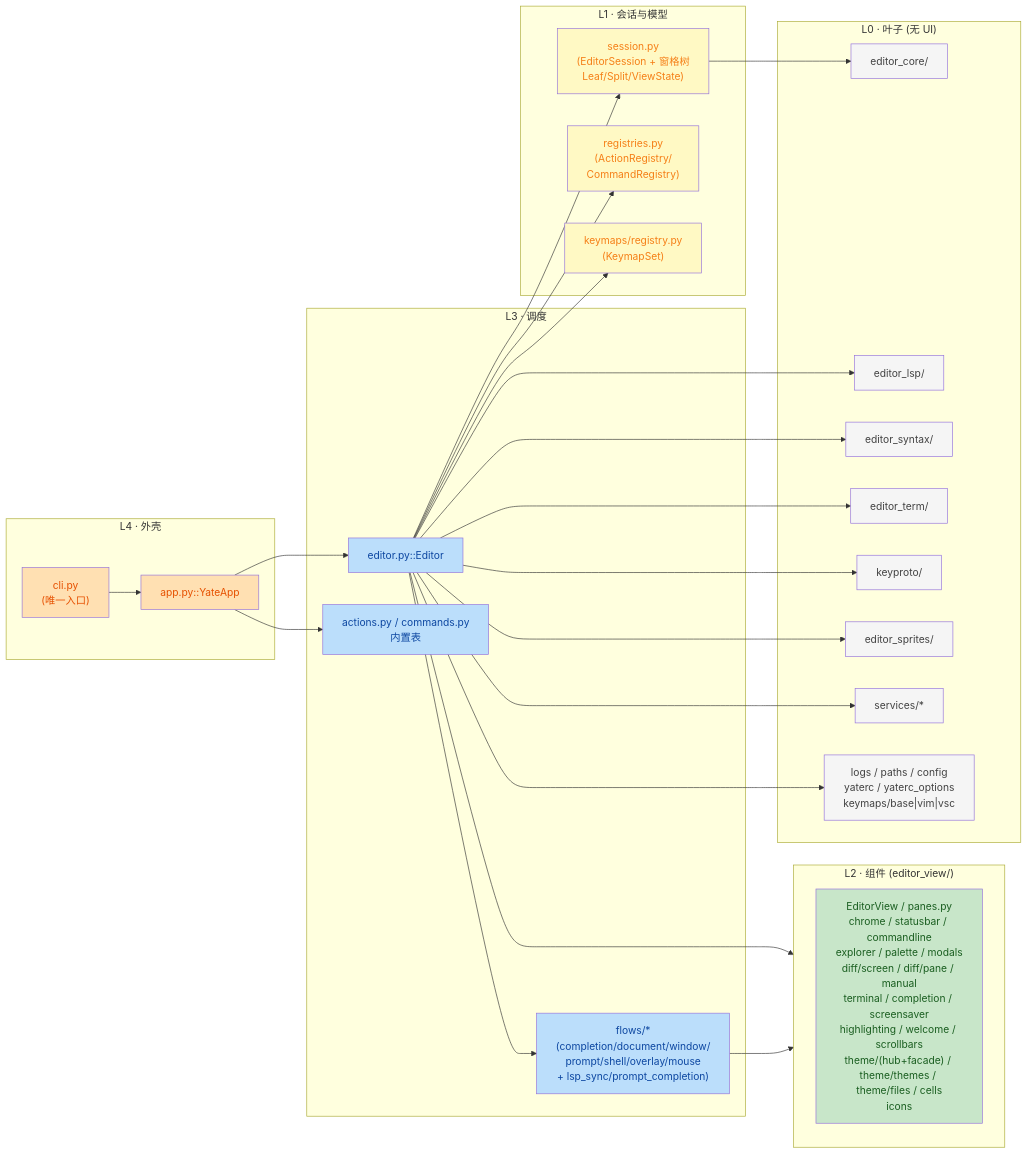
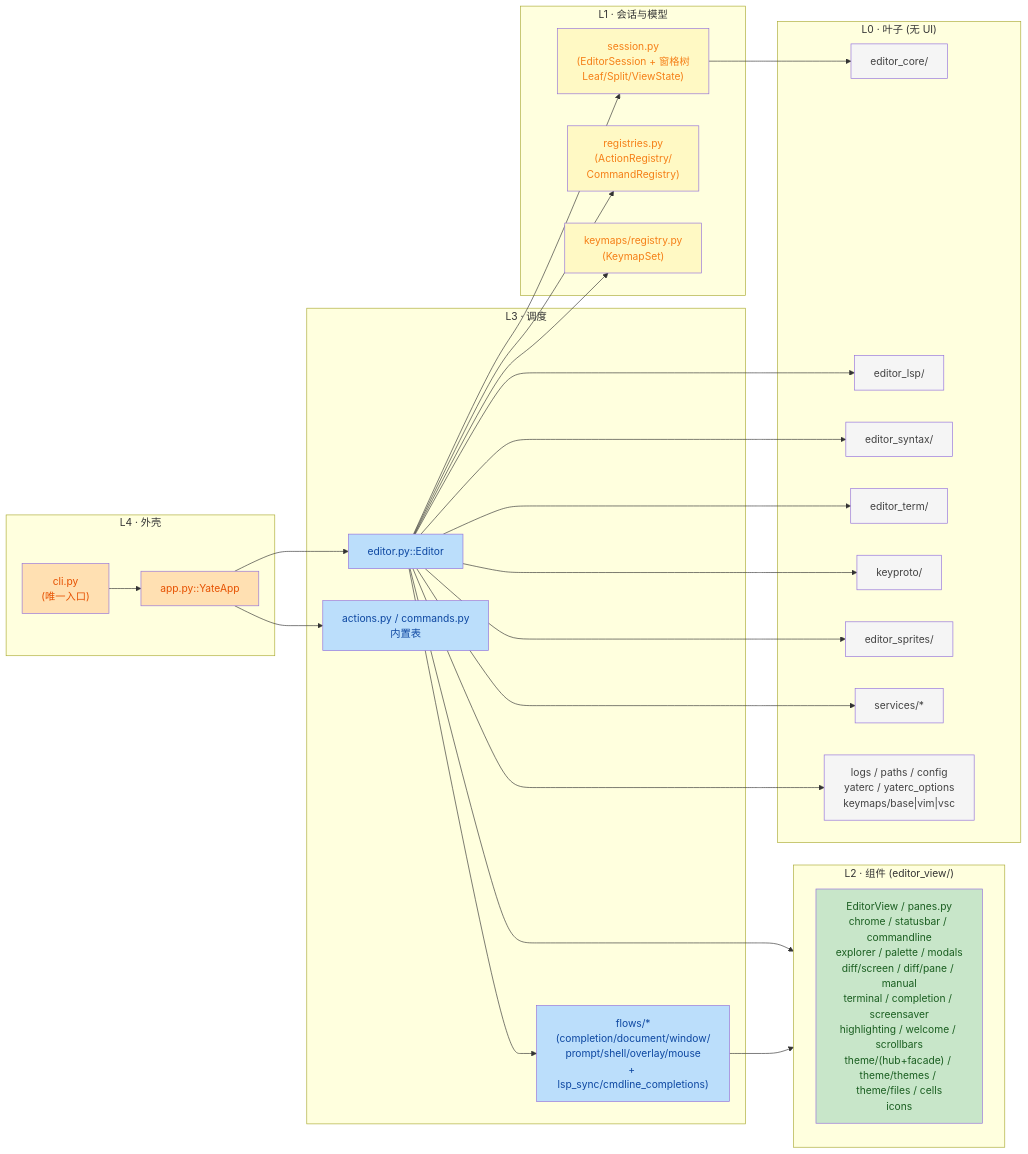
The first of 3 diagrams in .trae/wikis/yate-architecture.md (BigThxBrigde/yate), drawn with Mermaid before and after one commit. The commit also changed other lines of this file and 13 other files, not shown here.

Commit message:
refactor(flows): rename prompt_completion to cmdline_completions

````diff
--- a/.trae/wikis/yate-architecture.md
+++ b/.trae/wikis/yate-architecture.md
@@ -14,57 +14,57 @@
 ```mermaid
 flowchart LR
     subgraph L4["L4 · 外壳"]
         CLI["cli.py<br/>(唯一入口)"]
         APP["app.py::YateApp"]
     end
     subgraph L3["L3 · 调度"]
         ED["editor.py::Editor"]
         ACT["actions.py / commands.py<br/>内置表"]
-        FLOWS["flows/*<br/>(completion/document/window/<br/>prompt/shell/overlay/mouse<br/>+ lsp_sync/prompt_completion)"]
+        FLOWS["flows/*<br/>(completion/document/window/<br/>prompt/shell/overlay/mouse<br/>+ lsp_sync/cmdline_completions)"]
     end
     subgraph L2["L2 · 组件 (editor_view/)"]
         EV["EditorView / panes.py<br/>chrome / statusbar / commandline<br/>explorer / palette / modals<br/>diff/screen / diff/pane / manual<br/>terminal / completion / screensaver<br/>highlighting / welcome / scrollbars<br/>theme/(hub+facade) / theme/themes / theme/files / cells<br/>icons"]
     end
     subgraph L1["L1 · 会话与模型"]
         SES["session.py<br/>(EditorSession + 窗格树<br/>Leaf/Split/ViewState)"]
         REG["registries.py<br/>(ActionRegistry/<br/>CommandRegistry)"]
         KMREG["keymaps/registry.py<br/>(KeymapSet)"]
     end
     subgraph L0["L0 · 叶子 (无 UI)"]
         CORE["editor_core/"]
         LSP["editor_lsp/"]
         SYN["editor_syntax/"]
         TERM["editor_term/"]
         KP["keyproto/"]
         SPR["editor_sprites/"]
         SRV["services/*"]
         MISC["logs / paths / config<br/>yaterc / yaterc_options<br/>keymaps/base|vim|vsc"]
     end
     CLI --> APP
     APP --> ED
     APP --> ACT
     ED --> FLOWS
     ED --> L2
     ED --> SES
     ED --> REG
     ED --> KMREG
     FLOWS --> L2
     SES --> CORE
     ED --> LSP
     ED --> SYN
     ED --> TERM
     ED --> KP
     ED --> SPR
     ED --> SRV
     ED --> MISC
     classDef l4 fill:#ffe0b2,color:#e65100
     classDef l3 fill:#bbdefb,color:#0d47a1
     classDef l2 fill:#c8e6c9,color:#1a5e20
     classDef l1 fill:#fff9c4,color:#f57f17
     classDef l0 fill:#f5f5f5,color:#424242
     class CLI,APP l4
     class ED,ACT,FLOWS l3
     class EV l2
     class SES,REG,KMREG l1
     class CORE,LSP,SYN,TERM,KP,SPR,SRV,MISC l0
 ```
````
